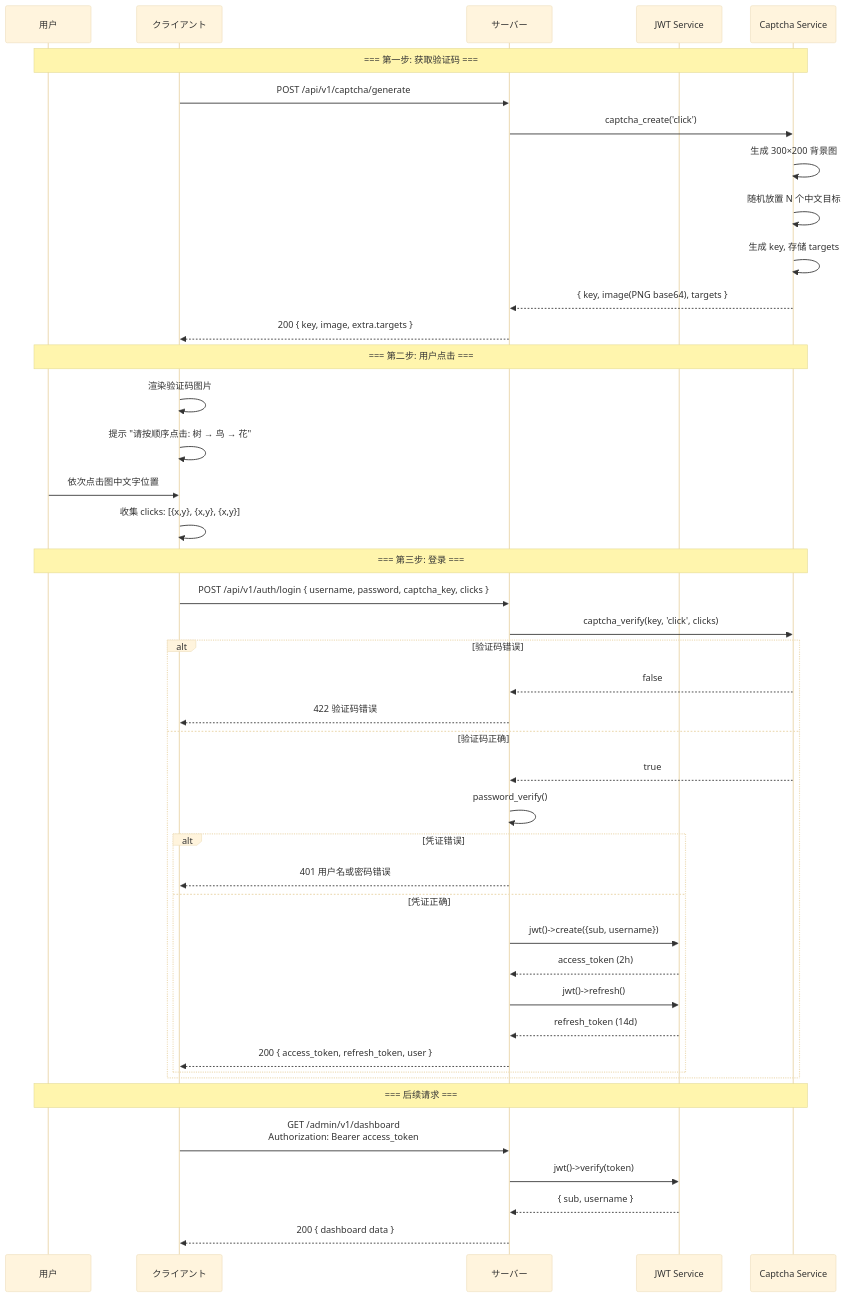
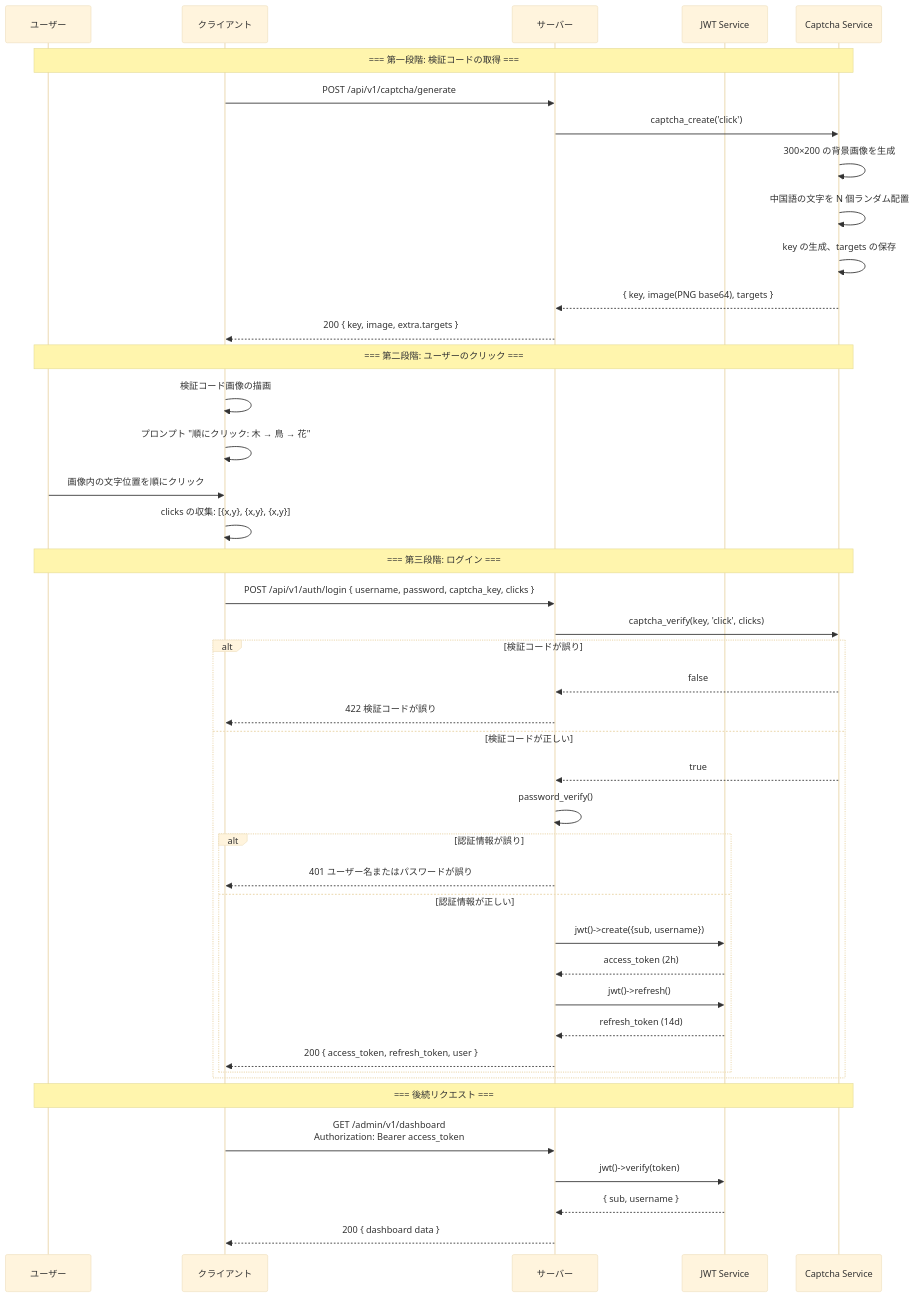
Before and after one commit to erikwang2013/game-platform-php: the fourth of 14 diagrams in admin/docs/ARCHITECTURE.ja.md, drawn with Mermaid (base theme). The commit also changed other lines of this file and 211 other files, not shown here.

First line of the commit message:
fix: 支付配置读回类型根治、提现事件对账巡检，12 语族 mermaid 与 API 标签本地化

````diff
--- a/admin/docs/ARCHITECTURE.ja.md
+++ b/admin/docs/ARCHITECTURE.ja.md
@@ -229,49 +229,49 @@
 ```mermaid
 sequenceDiagram
-    participant U as 用户
+    participant U as ユーザー
     participant CL as クライアント
     participant SV as サーバー
     participant JWT as JWT Service
     participant CAP as Captcha Service
 
-    Note over U,CAP: === 第一步: 获取验证码 ===
+    Note over U,CAP: === 第一段階: 検証コードの取得 ===
     CL->>SV: POST /api/v1/captcha/generate
     SV->>CAP: captcha_create('click')
-    CAP->>CAP: 生成 300×200 背景图
-    CAP->>CAP: 随机放置 N 个中文目标
-    CAP->>CAP: 生成 key, 存储 targets
+    CAP->>CAP: 300×200 の背景画像を生成
+    CAP->>CAP: 中国語の文字を N 個ランダム配置
+    CAP->>CAP: key の生成、targets の保存
     CAP-->>SV: { key, image(PNG base64), targets }
     SV-->>CL: 200 { key, image, extra.targets }
 
-    Note over U,CAP: === 第二步: 用户点击 ===
-    CL->>CL: 渲染验证码图片
-    CL->>CL: 提示 "请按顺序点击: 树 → 鸟 → 花"
-    U->>CL: 依次点击图中文字位置
-    CL->>CL: 收集 clicks: [{x,y}, {x,y}, {x,y}]
+    Note over U,CAP: === 第二段階: ユーザーのクリック ===
+    CL->>CL: 検証コード画像の描画
+    CL->>CL: プロンプト "順にクリック: 木 → 鳥 → 花"
+    U->>CL: 画像内の文字位置を順にクリック
+    CL->>CL: clicks の収集: [{x,y}, {x,y}, {x,y}]
 
-    Note over U,CAP: === 第三步: 登录 ===
+    Note over U,CAP: === 第三段階: ログイン ===
     CL->>SV: POST /api/v1/auth/login { username, password, captcha_key, clicks }
     SV->>CAP: captcha_verify(key, 'click', clicks)
-    alt 验证码错误
+    alt 検証コードが誤り
         CAP-->>SV: false
-        SV-->>CL: 422 验证码错误
-    else 验证码正确
+        SV-->>CL: 422 検証コードが誤り
+    else 検証コードが正しい
         CAP-->>SV: true
         SV->>SV: password_verify()
-        alt 凭证错误
-            SV-->>CL: 401 用户名或密码错误
-        else 凭证正确
+        alt 認証情報が誤り
+            SV-->>CL: 401 ユーザー名またはパスワードが誤り
+        else 認証情報が正しい
             SV->>JWT: jwt()->create({sub, username})
             JWT-->>SV: access_token (2h)
             SV->>JWT: jwt()->refresh()
             JWT-->>SV: refresh_token (14d)
             SV-->>CL: 200 { access_token, refresh_token, user }
         end
     end
 
-    Note over U,CAP: === 后续请求 ===
+    Note over U,CAP: === 後続リクエスト ===
     CL->>SV: GET /admin/v1/dashboard<br/>Authorization: Bearer access_token
     SV->>JWT: jwt()->verify(token)
     JWT-->>SV: { sub, username }
     SV-->>CL: 200 { dashboard data }
 ```
````
